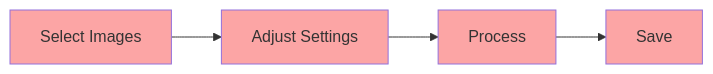
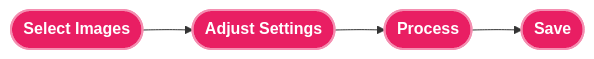
Before and after one commit to ank920/PixelPinch: the second of 2 diagrams in README.md, drawn with Mermaid. The commit also changed other lines of this file, not shown here.

Commit message:
docs: improve diagram visibility and add detailed step-by-step guide

````diff
--- a/README.md
+++ b/README.md
@@ -159,10 +158,9 @@
 ```mermaid
-graph LR
-    A[Select Images] --> B[Adjust Settings]
-    B --> C[Process]
-    C --> D[Save]
-    style A fill:#fca5a5
-    style B fill:#fca5a5
-    style C fill:#fca5a5
-    style D fill:#fca5a5
+flowchart LR
+    A([Select Images]):::pink --> B([Adjust Settings]):::pink
+    B --> C([Process]):::pink
+    C --> D([Save]):::pink
+    
+    classDef blue fill:#1976D2,stroke:#90CAF9,stroke-width:2px,color:white,font-weight:bold
+    classDef pink fill:#e91e63,stroke:#f48fb1,stroke-width:2px,color:white,font-weight:bold
 ```
````
